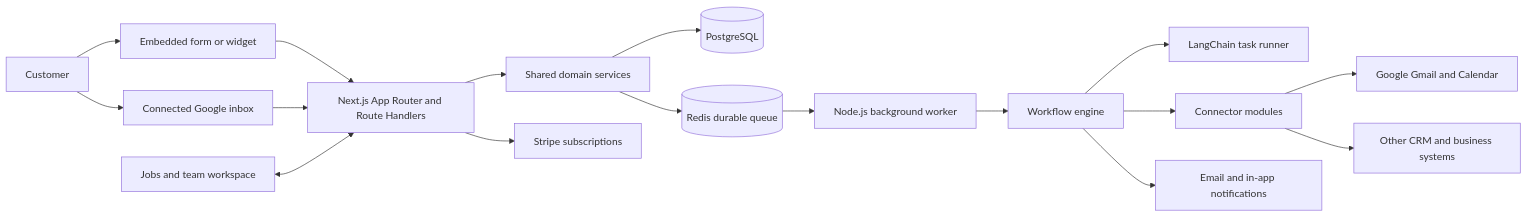
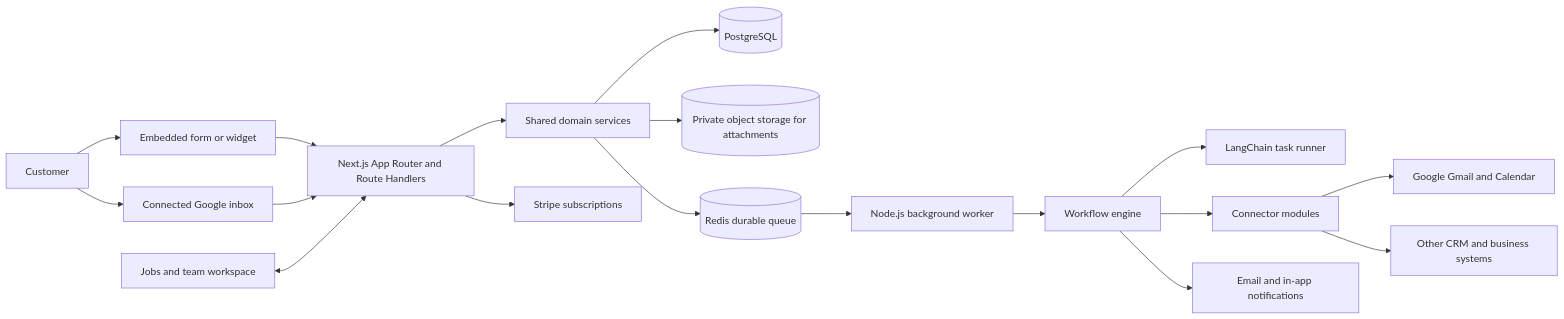
Before and after one commit to hack4lk/salesmora.ai: the first of 2 diagrams in docs/salesmora-product-roadmap.md, drawn with Mermaid. The commit also changed other lines of this file and 8 other files, not shown here.

Commit message:
updated architecture docs

````diff
--- a/docs/salesmora-product-roadmap.md
+++ b/docs/salesmora-product-roadmap.md
@@ -27,19 +28,20 @@
 ```mermaid
 flowchart LR
     Customer[Customer] --> Form[Embedded form or widget]
     Customer --> Email[Connected Google inbox]
     Form --> Web[Next.js App Router and Route Handlers]
     Email --> Web
     Web --> Domain[Shared domain services]
     Domain --> DB[(PostgreSQL)]
+    Domain --> Storage[(Private object storage for attachments)]
     Domain --> Queue[(Redis durable queue)]
     Queue --> Worker[Node.js background worker]
     Worker --> Workflow[Workflow engine]
     Workflow --> Agent[LangChain task runner]
     Workflow --> Connectors[Connector modules]
     Connectors --> Google[Google Gmail and Calendar]
     Connectors --> External[Other CRM and business systems]
     Workflow --> Notify[Email and in-app notifications]
     Web --> Billing[Stripe subscriptions]
     Jobs[Jobs and team workspace] <--> Web
 ```
````
